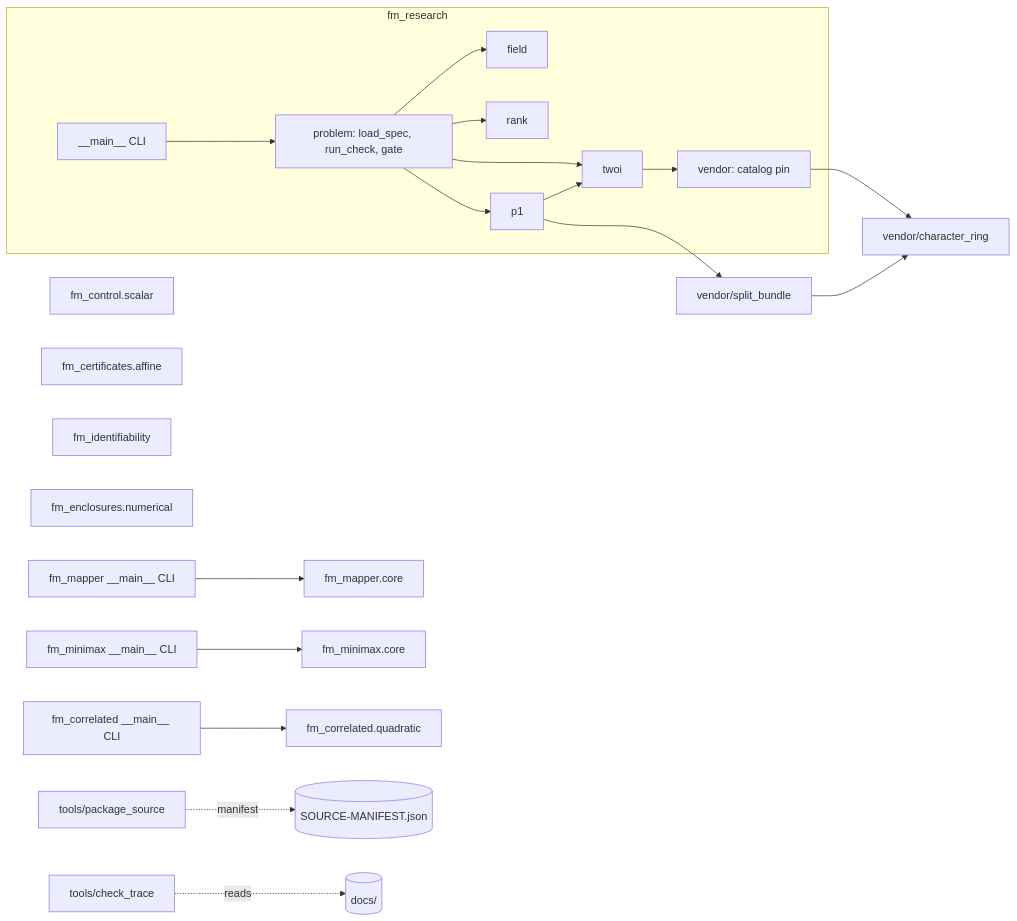
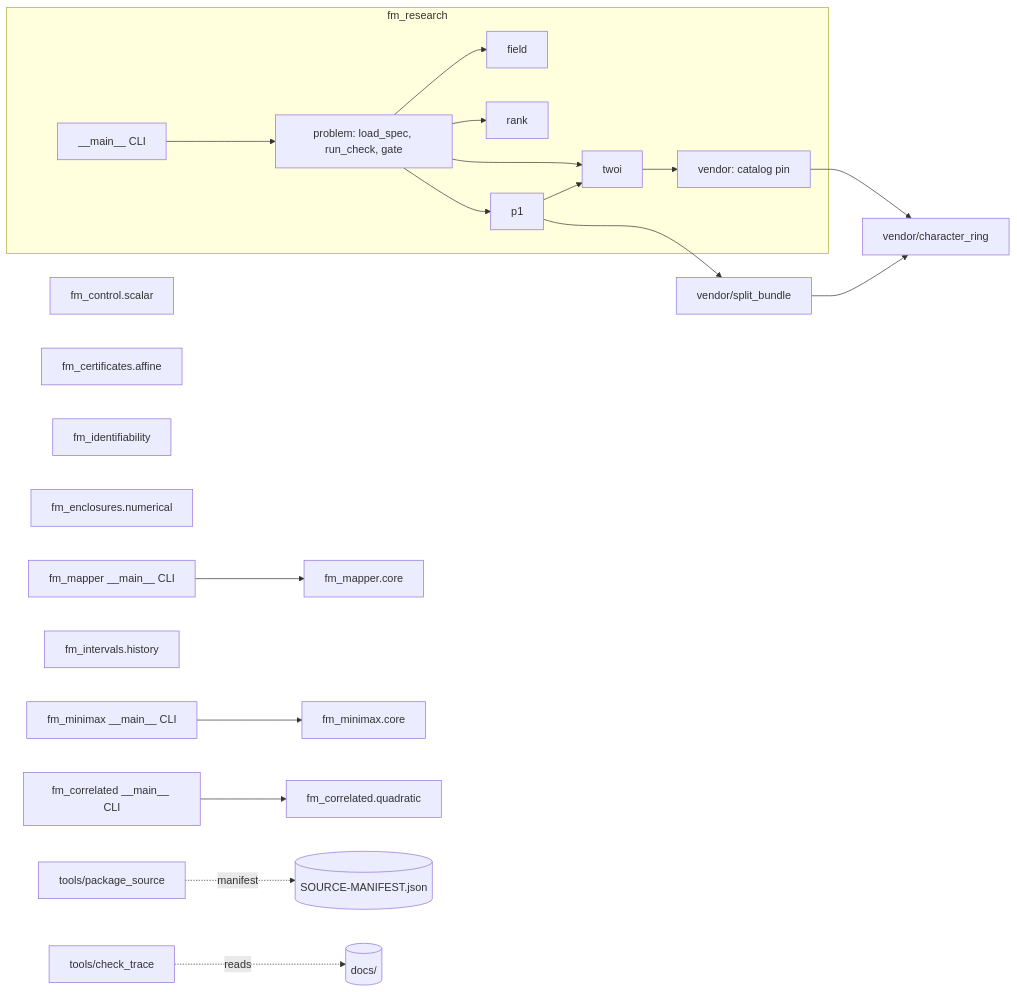
Before and after one commit to Akilleez-QA/foundation-math: the first of 3 diagrams in docs/architecture/architecture.md, drawn with Mermaid. The commit also changed other lines of this file and 16 other files, not shown here.

````diff
--- a/docs/architecture/architecture.md
+++ b/docs/architecture/architecture.md
@@ -41,21 +41,22 @@
 ```mermaid
 flowchart LR
   subgraph research[fm_research]
     main[__main__ CLI] --> problem[problem: load_spec, run_check, gate]
     problem --> field[field] & rank[rank] & twoi[twoi] & p1[p1]
     twoi --> vendor[vendor: catalog pin]
     p1 --> twoi
   end
   vendor --> cr[vendor/character_ring]
   p1 --> sb[vendor/split_bundle]
   sb --> cr
   mmain[fm_mapper __main__ CLI] --> core[fm_mapper.core]
   control[fm_control.scalar]
   cert[fm_certificates.affine]
   ident[fm_identifiability]
   encl[fm_enclosures.numerical]
   minmain[fm_minimax __main__ CLI] --> minimax[fm_minimax.core]
   cmain[fm_correlated __main__ CLI] --> corr[fm_correlated.quadratic]
+  intervals[fm_intervals.history]
   pkg[tools/package_source] -.manifest.-> manifest[(SOURCE-MANIFEST.json)]
   trace[tools/check_trace] -.reads.-> docs[(docs/)]
 ```
````
